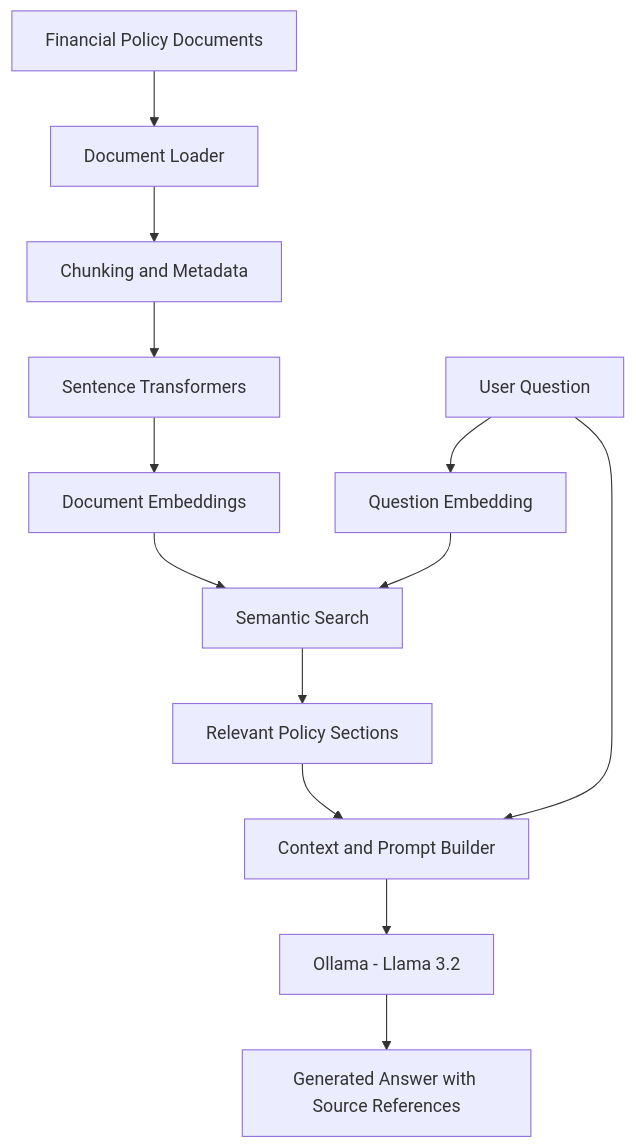
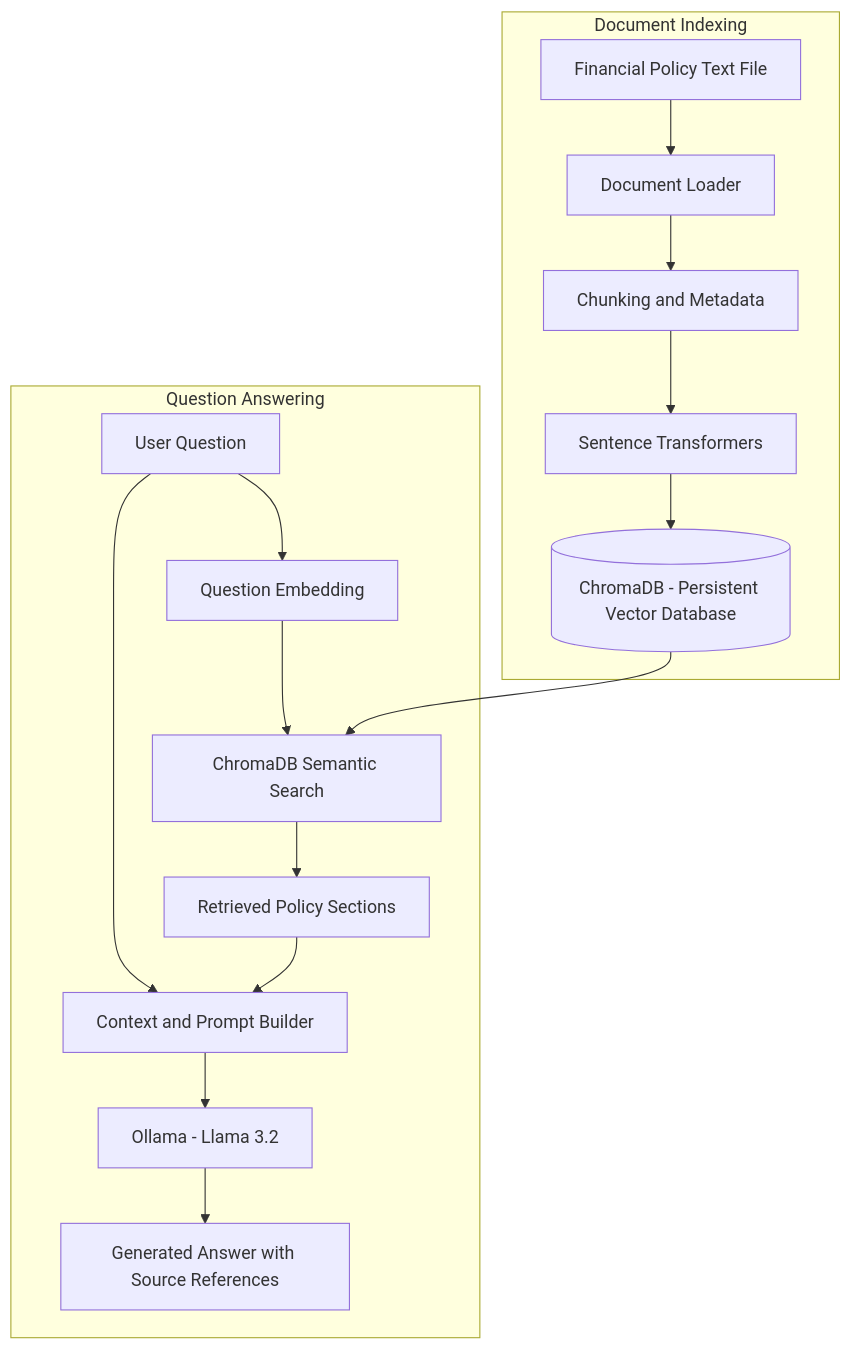
Before and after one commit to AntwonLF/financial-policy-ai-assistant: the diagram in README.md, drawn with Mermaid. The commit also changed other lines of this file and 6 other files, not shown here.

Commit message:
Complete Phase 5 persistent vector database intergration

````diff
--- a/README.md
+++ b/README.md
@@ -25,18 +27,20 @@
 ```mermaid
 flowchart TD
-    A[Financial Policy Documents] --> B[Document Loader]
-    B --> C[Chunking and Metadata]
-    C --> D[Sentence Transformers]
-    D --> E[Document Embeddings]
+    subgraph Indexing[Document Indexing]
+        A[Financial Policy Text File] --> B[Document Loader]
+        B --> C[Chunking and Metadata]
+        C --> D[Sentence Transformers]
+        D --> E[(ChromaDB - Persistent Vector Database)]
+    end
 
-    F[User Question] --> G[Question Embedding]
-    E --> H[Semantic Search]
-    G --> H
-
-    H --> I[Relevant Policy Sections]
-    I --> J[Context and Prompt Builder]
-    F --> J
-
-    J --> K[Ollama - Llama 3.2]
-    K --> L[Generated Answer with Source References]
+    subgraph Answering[Question Answering]
+        F[User Question] --> G[Question Embedding]
+        G --> H[ChromaDB Semantic Search]
+        E --> H
+        H --> I[Retrieved Policy Sections]
+        I --> J[Context and Prompt Builder]
+        F --> J
+        J --> K[Ollama - Llama 3.2]
+        K --> L[Generated Answer with Source References]
+    end
 ```
````
